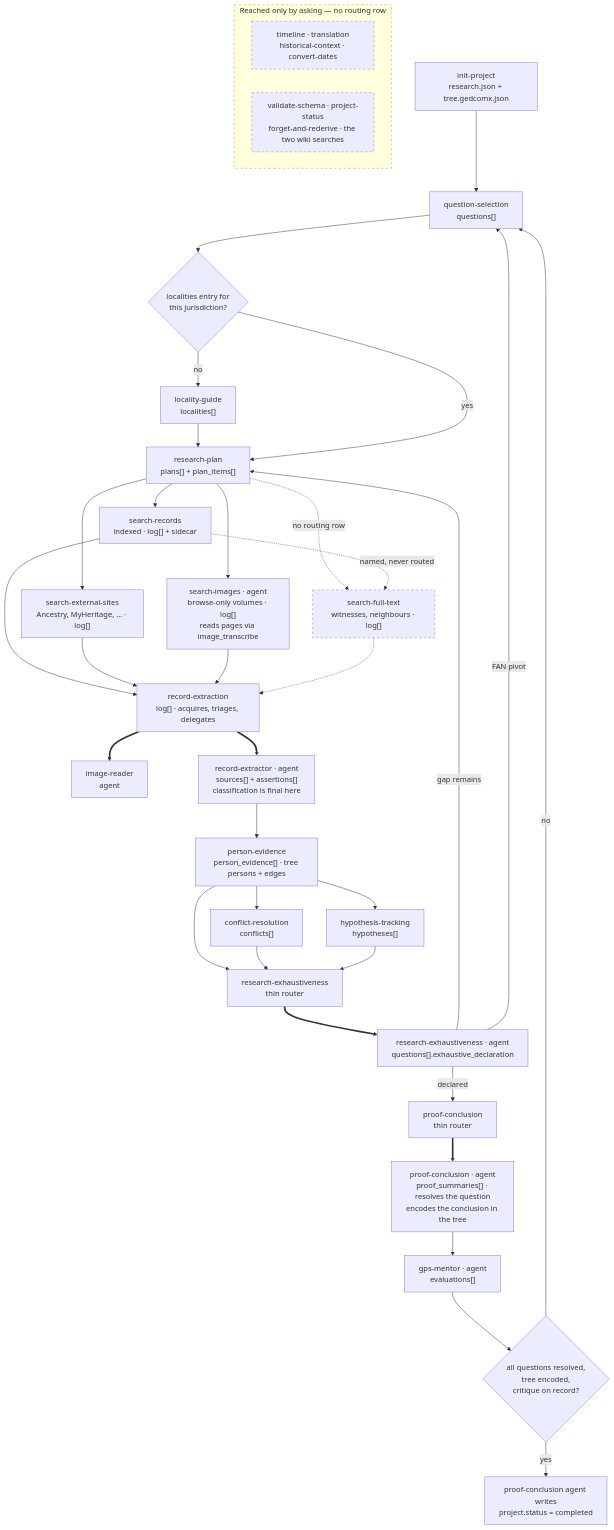
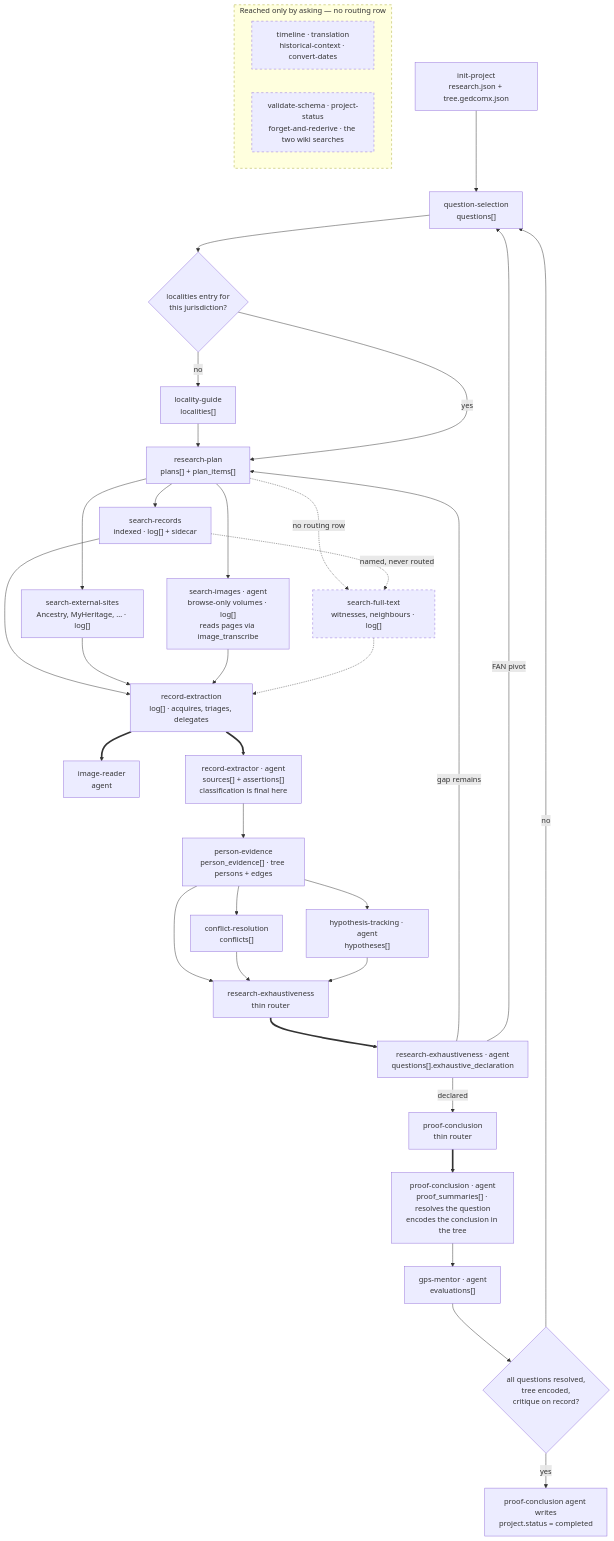
One commit to PioneerAIAcademy/cowork-genealogy changed the diagram in docs/skill-dataflow.md. Above: the diagram before and after it, drawn with Mermaid. The commit also changed other lines of this file and 52 other files, not shown here.

First line of the commit message:
Replace the hypothesis-tracking skill with an agent, and delete its description-routing tests (#3035)

````diff
--- a/docs/skill-dataflow.md
+++ b/docs/skill-dataflow.md
@@ -65,51 +65,51 @@
 ```mermaid
 flowchart TD
     IP["init-project<br/>research.json + tree.gedcomx.json"] --> QS
     QS["question-selection<br/>questions[]"] --> LOCGATE
     LOCGATE{"localities entry for<br/>this jurisdiction?"}
     LOCGATE -- no --> LG["locality-guide<br/>localities[]"] --> RP
     LOCGATE -- yes --> RP["research-plan<br/>plans[] + plan_items[]"]
 
     RP --> SR["search-records<br/>indexed · log[] + sidecar"]
     RP --> SE["search-external-sites<br/>Ancestry, MyHeritage, … · log[]"]
     RP --> SIA["search-images · agent<br/>browse-only volumes · log[]<br/>reads pages via image_transcribe"]
     RP -.->|"no routing row"| SF["search-full-text<br/>witnesses, neighbours · log[]"]
     SR -.->|"named, never routed"| SF
     RE ==> IR["image-reader<br/>agent"]
 
     SR --> RE
     SE --> RE
     SIA --> RE
     SF -.-> RE
     RE["record-extraction<br/>log[] · acquires, triages, delegates"]
     RE ==> RX["record-extractor · agent<br/>sources[] + assertions[]<br/>classification is final here"]
 
     RX --> PE["person-evidence<br/>person_evidence[] · tree persons + edges"]
     PE --> CR["conflict-resolution<br/>conflicts[]"]
-    PE --> HT["hypothesis-tracking<br/>hypotheses[]"]
+    PE --> HT["hypothesis-tracking · agent<br/>hypotheses[]"]
     PE --> EX
     CR --> EX
     HT --> EX
 
     EX["research-exhaustiveness<br/>thin router"]
     EX ==> EXA["research-exhaustiveness · agent<br/>questions[].exhaustive_declaration"]
     EXA -- "gap remains" --> RP
     EXA -- "FAN pivot" --> QS
     EXA -- "declared" --> PC
 
     PC["proof-conclusion<br/>thin router"]
     PC ==> PCA["proof-conclusion · agent<br/>proof_summaries[] · resolves the question<br/>encodes the conclusion in the tree"]
     PCA --> GM["gps-mentor · agent<br/>evaluations[]"]
     GM --> GATE{"all questions resolved,<br/>tree encoded,<br/>critique on record?"}
     GATE -- no --> QS
     GATE -- yes --> DONE["proof-conclusion agent writes<br/>project.status = completed"]
 
     subgraph ASK ["Reached only by asking — no routing row"]
         direction LR
         U1["timeline · translation<br/>historical-context · convert-dates"]
         U2["validate-schema · project-status<br/>forget-and-rederive · the two wiki searches"]
     end
 
     classDef unrouted stroke-dasharray: 5 5
     class SF,ASK,U1,U2 unrouted
 ```
````
